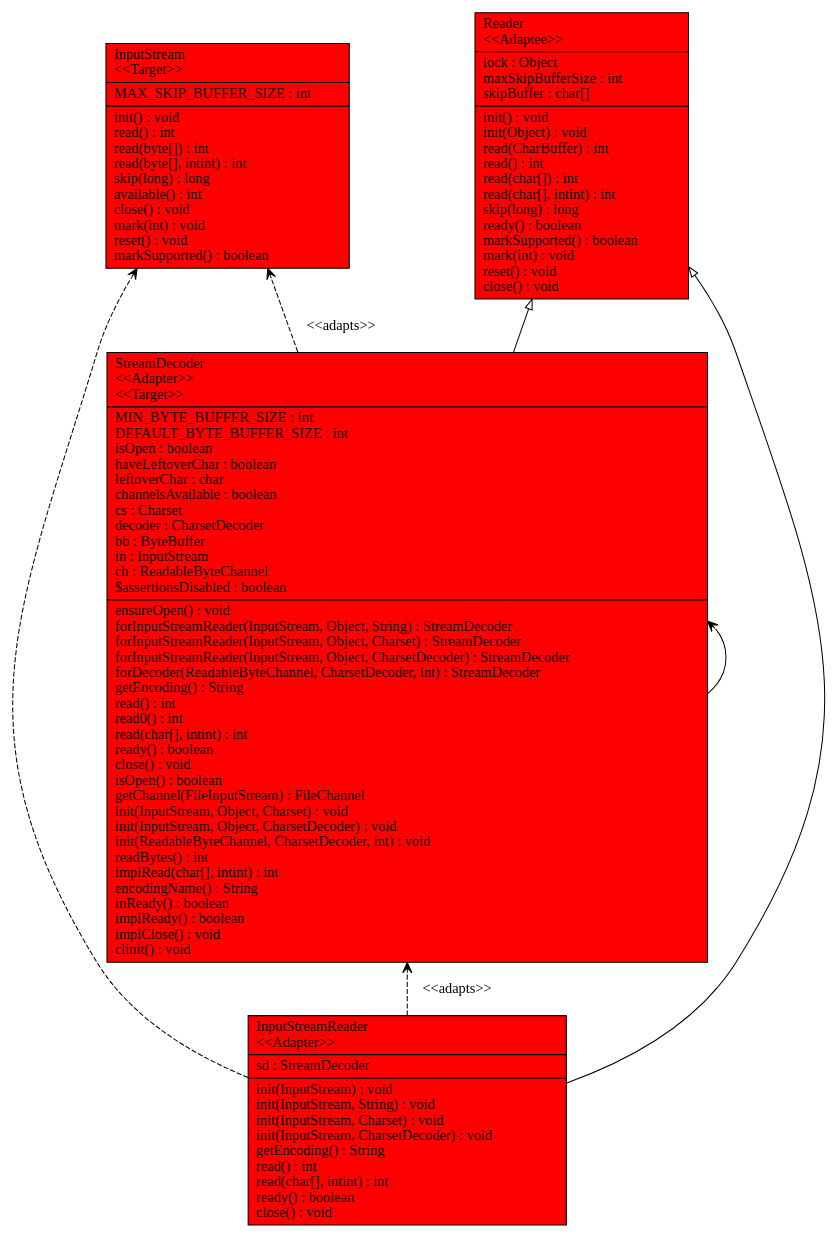
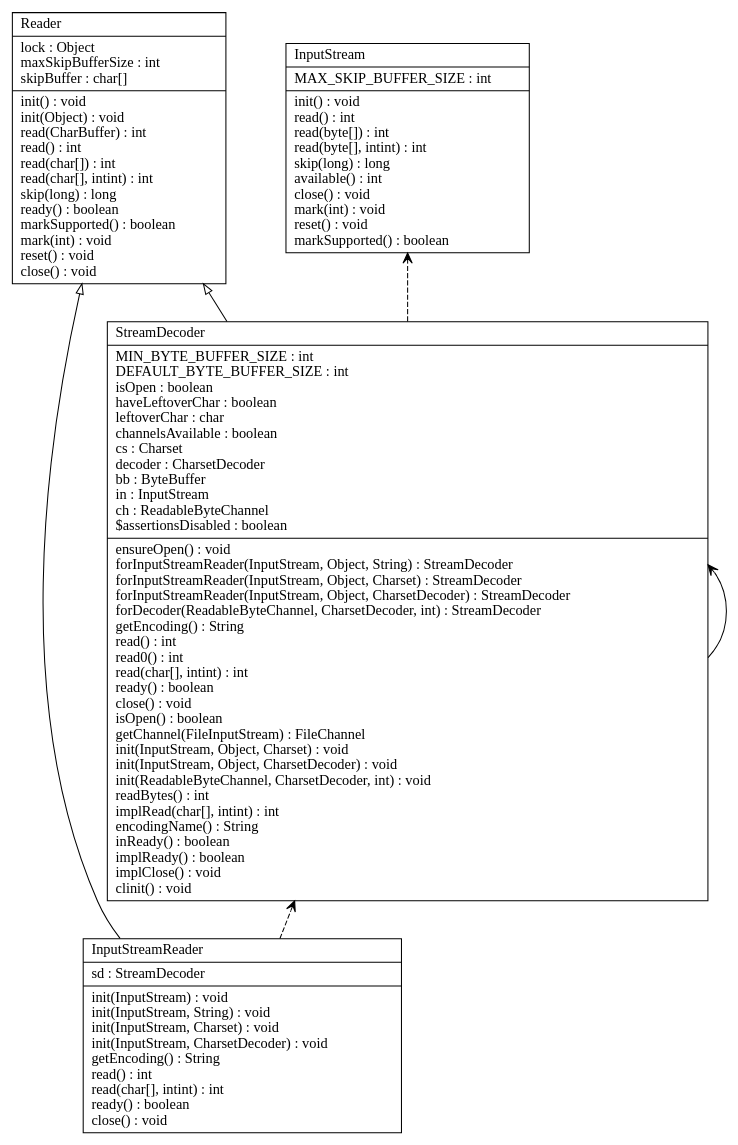
The diagram in input_output/input_stream_reader.dot (chinchalupa/CSSE374-Project), drawn with Graphviz before and after one commit. The commit also changed 194 other files, not shown here.

```diff
--- a/input_output/input_stream_reader.dot
+++ b/input_output/input_stream_reader.dot
@@ -1,27 +1,34 @@
 digraph G {
 
 fontname = "Bitstream Vera Sans"
 fontsize = 8
 rankdir=BT
 
-node [shape = "record" color = "#000000" fillcolor = "#ff0000" style="filled"]
-ClassTInputStream [label = "{InputStream\l\<\<Target\>\>\l|MAX_SKIP_BUFFER_SIZE : int\l|init() : void\lread() : int\lread(byte[]) : int\lread(byte[], intint) : int\lskip(long) : long\lavailable() : int\lclose() : void\lmark(int) : void\lreset() : void\lmarkSupported() : boolean\l}"]
-node [shape = "record" color = "#000000" fillcolor = "#ff0000" style="filled"]
-ClassTInputStreamReader [label = "{InputStreamReader\l\<\<Adapter\>\>\l|sd : StreamDecoder\l|init(InputStream) : void\linit(InputStream, String) : void\linit(InputStream, Charset) : void\linit(InputStream, CharsetDecoder) : void\lgetEncoding() : String\lread() : int\lread(char[], intint) : int\lready() : boolean\lclose() : void\l}"]
-node [shape = "record" color = "#000000" fillcolor = "#ff0000" style="filled"]
-ClassTReader [label = "{Reader\l\<\<Adaptee\>\>\l|lock : Object\lmaxSkipBufferSize : int\lskipBuffer : char[]\l|init() : void\linit(Object) : void\lread(CharBuffer) : int\lread() : int\lread(char[]) : int\lread(char[], intint) : int\lskip(long) : long\lready() : boolean\lmarkSupported() : boolean\lmark(int) : void\lreset() : void\lclose() : void\l}"]
-node [shape = "record" color = "#000000" fillcolor = "#ff0000" style="filled"]
-ClassTStreamDecoder [label = "{StreamDecoder\l\<\<Adapter\>\>\l\<\<Target\>\>\l|MIN_BYTE_BUFFER_SIZE : int\lDEFAULT_BYTE_BUFFER_SIZE : int\lisOpen : boolean\lhaveLeftoverChar : boolean\lleftoverChar : char\lchannelsAvailable : boolean\lcs : Charset\ldecoder : CharsetDecoder\lbb : ByteBuffer\lin : InputStream\lch : ReadableByteChannel\l$assertionsDisabled : boolean\l|ensureOpen() : void\lforInputStreamReader(InputStream, Object, String) : StreamDecoder\lforInputStreamReader(InputStream, Object, Charset) : StreamDecoder\lforInputStreamReader(InputStream, Object, CharsetDecoder) : StreamDecoder\lforDecoder(ReadableByteChannel, CharsetDecoder, int) : StreamDecoder\lgetEncoding() : String\lread() : int\lread0() : int\lread(char[], intint) : int\lready() : boolean\lclose() : void\lisOpen() : boolean\lgetChannel(FileInputStream) : FileChannel\linit(InputStream, Object, Charset) : void\linit(InputStream, Object, CharsetDecoder) : void\linit(ReadableByteChannel, CharsetDecoder, int) : void\lreadBytes() : int\limplRead(char[], intint) : int\lencodingName() : String\linReady() : boolean\limplReady() : boolean\limplClose() : void\lclinit() : void\l}"]
+node [shape = "record" color = "#000000" fillcolor = "#000000" style=""]
+
+ClassTInputStream [label = "{InputStream\l|MAX_SKIP_BUFFER_SIZE : int\l|init() : void\lread() : int\lread(byte[]) : int\lread(byte[], intint) : int\lskip(long) : long\lavailable() : int\lclose() : void\lmark(int) : void\lreset() : void\lmarkSupported() : boolean\l}"]
+node [shape = "record" color = "#000000" fillcolor = "#000000" style=""]
+
+ClassTInputStreamReader [label = "{InputStreamReader\l|sd : StreamDecoder\l|init(InputStream) : void\linit(InputStream, String) : void\linit(InputStream, Charset) : void\linit(InputStream, CharsetDecoder) : void\lgetEncoding() : String\lread() : int\lread(char[], intint) : int\lready() : boolean\lclose() : void\l}"]
+node [shape = "record" color = "#000000" fillcolor = "#000000" style=""]
+
+ClassTReader [label = "{Reader\l|lock : Object\lmaxSkipBufferSize : int\lskipBuffer : char[]\l|init() : void\linit(Object) : void\lread(CharBuffer) : int\lread() : int\lread(char[]) : int\lread(char[], intint) : int\lskip(long) : long\lready() : boolean\lmarkSupported() : boolean\lmark(int) : void\lreset() : void\lclose() : void\l}"]
+node [shape = "record" color = "#000000" fillcolor = "#000000" style=""]
+
+ClassTStreamDecoder [label = "{StreamDecoder\l|MIN_BYTE_BUFFER_SIZE : int\lDEFAULT_BYTE_BUFFER_SIZE : int\lisOpen : boolean\lhaveLeftoverChar : boolean\lleftoverChar : char\lchannelsAvailable : boolean\lcs : Charset\ldecoder : CharsetDecoder\lbb : ByteBuffer\lin : InputStream\lch : ReadableByteChannel\l$assertionsDisabled : boolean\l|ensureOpen() : void\lforInputStreamReader(InputStream, Object, String) : StreamDecoder\lforInputStreamReader(InputStream, Object, Charset) : StreamDecoder\lforInputStreamReader(InputStream, Object, CharsetDecoder) : StreamDecoder\lforDecoder(ReadableByteChannel, CharsetDecoder, int) : StreamDecoder\lgetEncoding() : String\lread() : int\lread0() : int\lread(char[], intint) : int\lready() : boolean\lclose() : void\lisOpen() : boolean\lgetChannel(FileInputStream) : FileChannel\linit(InputStream, Object, Charset) : void\linit(InputStream, Object, CharsetDecoder) : void\linit(ReadableByteChannel, CharsetDecoder, int) : void\lreadBytes() : int\limplRead(char[], intint) : int\lencodingName() : String\linReady() : boolean\limplReady() : boolean\limplClose() : void\lclinit() : void\l}"]
+edge [arrowhead = "vee" style = "dashed" label = ""]
+
+ClassTInputStreamReader -> ClassTStreamDecoder
 edge [arrowhead = "onormal" style = "solid" label = ""]
+
 ClassTInputStreamReader -> ClassTReader
-edge [arrowhead = "vee" style = "dashed" label = "\<\<adapts\>\>"]
-ClassTInputStreamReader -> ClassTStreamDecoder
+edge [arrowhead = "vee" style = "solid" label = ""]
+
+ClassTStreamDecoder -> ClassTStreamDecoder
 edge [arrowhead = "vee" style = "dashed" label = ""]
-ClassTInputStreamReader -> ClassTInputStream
+
+ClassTStreamDecoder -> ClassTInputStream
 edge [arrowhead = "onormal" style = "solid" label = ""]
+
 ClassTStreamDecoder -> ClassTReader
-edge [arrowhead = "vee" style = "dashed" label = "\<\<adapts\>\>"]
-ClassTStreamDecoder -> ClassTInputStream
-edge [arrowhead = "vee" style = "solid" label = ""]
-ClassTStreamDecoder -> ClassTStreamDecoder
 }
```
